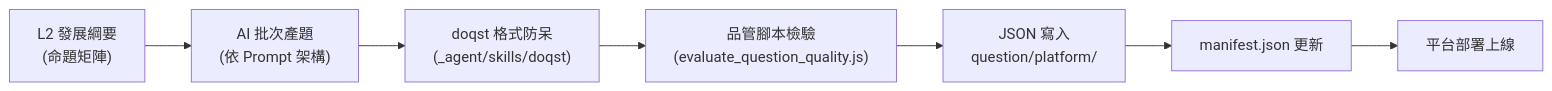
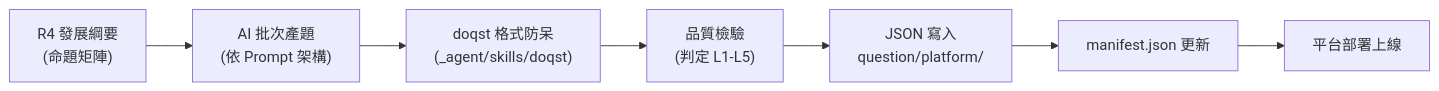
The second of 2 diagrams in knowledge/README_課程研究方法與準則.md (LeoVibe/Science), drawn with Mermaid before and after one commit. The commit also changed other lines of this file and 62 other files, not shown here.

Commit message:
chore: release v1.3 (R1-R4 architecture refactor and progress UI integration)

````diff
--- a/knowledge/README_課程研究方法與準則.md
+++ b/knowledge/README_課程研究方法與準則.md
@@ -167,9 +181,9 @@
 ```mermaid
 flowchart LR
-    L2["L2 發展綱要<br/>(命題矩陣)"] --> P1["AI 批次產題<br/>(依 Prompt 架構)"]
+    R4["R4 發展綱要<br/>(命題矩陣)"] --> P1["AI 批次產題<br/>(依 Prompt 架構)"]
     P1 --> P2["doqst 格式防呆<br/>(_agent/skills/doqst)"]
-    P2 --> P3["品管腳本檢驗<br/>(evaluate_question_quality.js)"]
+    P2 --> P3["品質檢驗<br/>(判定 L1-L5)"]
     P3 --> P4["JSON 寫入<br/>question/platform/"]
     P4 --> P5["manifest.json 更新"]
     P5 --> P6["平台部署上線"]
 ```
````
